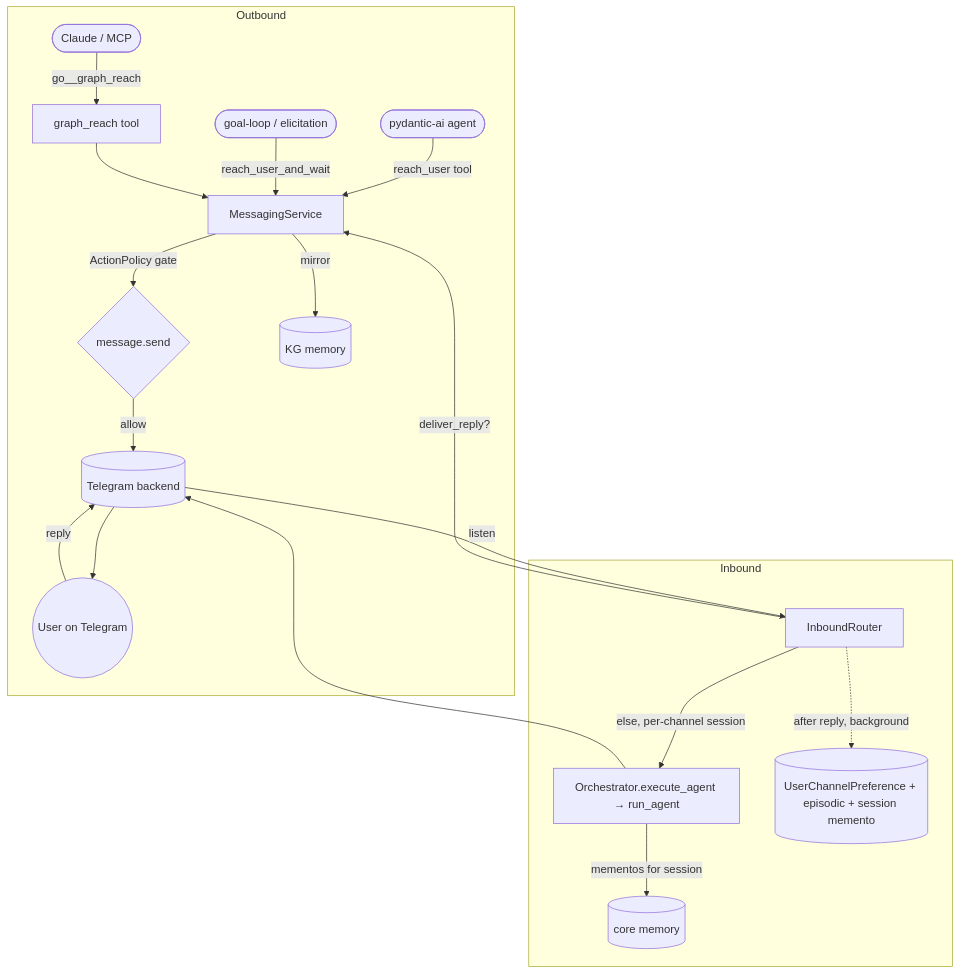
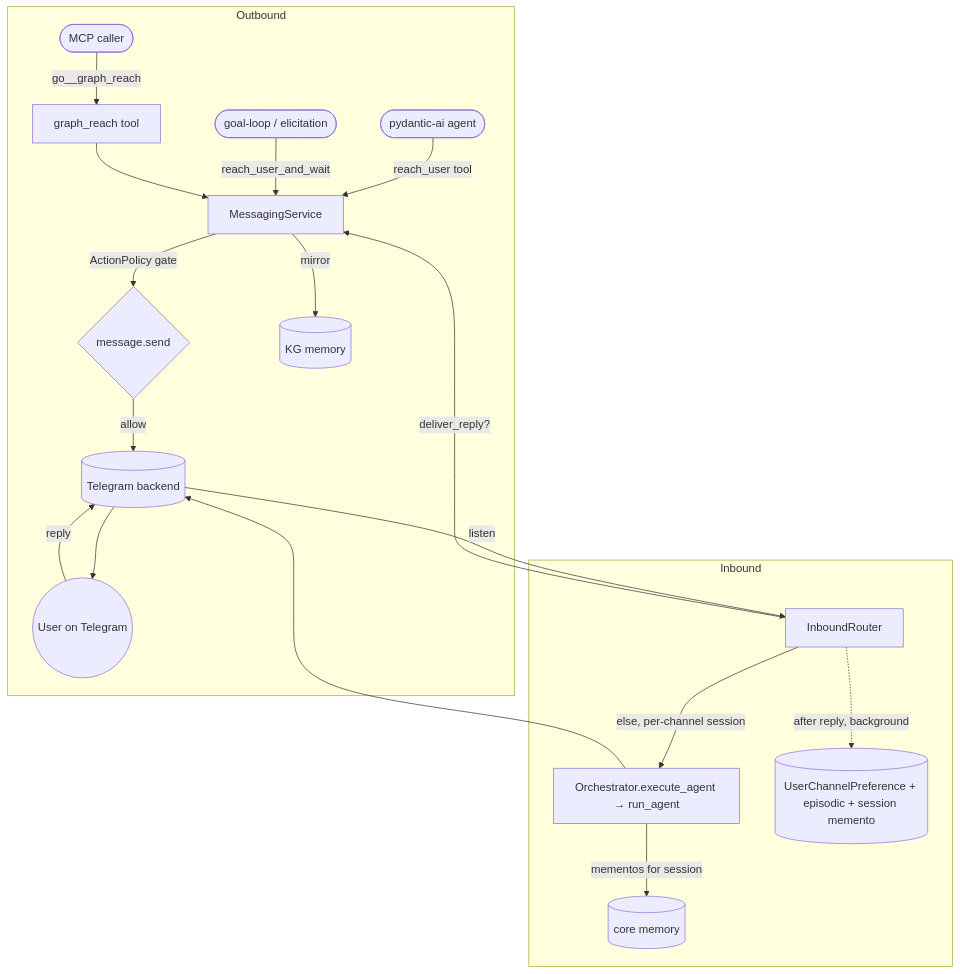
One commit to Knuckles-Team/agent-utilities changed the diagram in docs/architecture/messaging_reach.md. Above: the diagram before and after it, drawn with Mermaid. The commit also changed other lines of this file and 100 other files, not shown here.

````diff
--- a/docs/architecture/messaging_reach.md
+++ b/docs/architecture/messaging_reach.md
@@ -33,22 +33,22 @@
 ```mermaid
 flowchart TD
     subgraph Outbound
-        Claude([Claude / MCP]) -->|go__graph_reach| Reach[graph_reach tool]
+        Caller([MCP caller]) -->|go__graph_reach| Reach[graph_reach tool]
         Agent([pydantic-ai agent]) -->|reach_user tool| SVC
         Loop([goal-loop / elicitation]) -->|reach_user_and_wait| SVC
         Reach --> SVC[MessagingService]
         SVC -->|ActionPolicy gate| Gate{message.send}
         Gate -->|allow| Backend[(Telegram backend)]
         SVC -->|mirror| KG[(KG memory)]
         Backend --> User((User on Telegram))
     end
     subgraph Inbound
         User -->|reply| Backend
         Backend -->|listen| Router[InboundRouter]
         Router -->|deliver_reply?| SVC
         Router -->|else, per-channel session| Universal[Orchestrator.execute_agent → run_agent]
         Universal -->|mementos for session| Mem[(core memory)]
         Universal --> Backend
         Router -.->|after reply, background| Pref[(UserChannelPreference + episodic + session memento)]
     end
 ```
````
